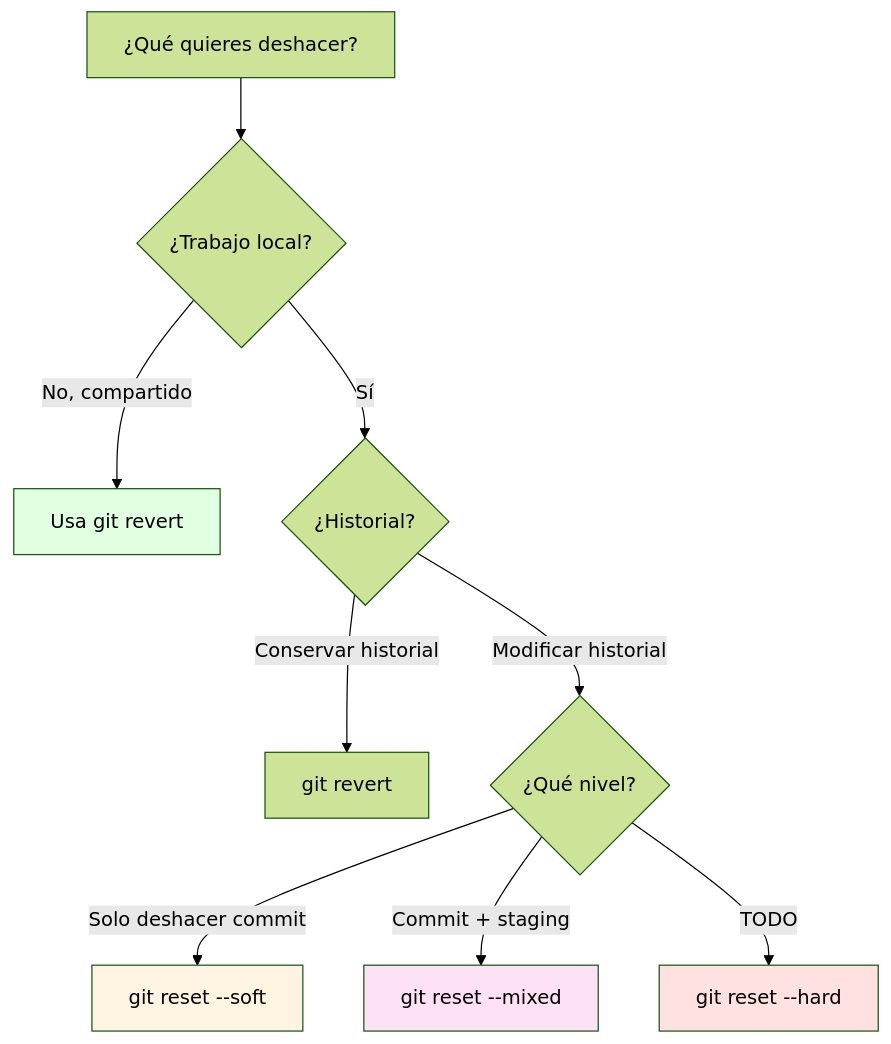
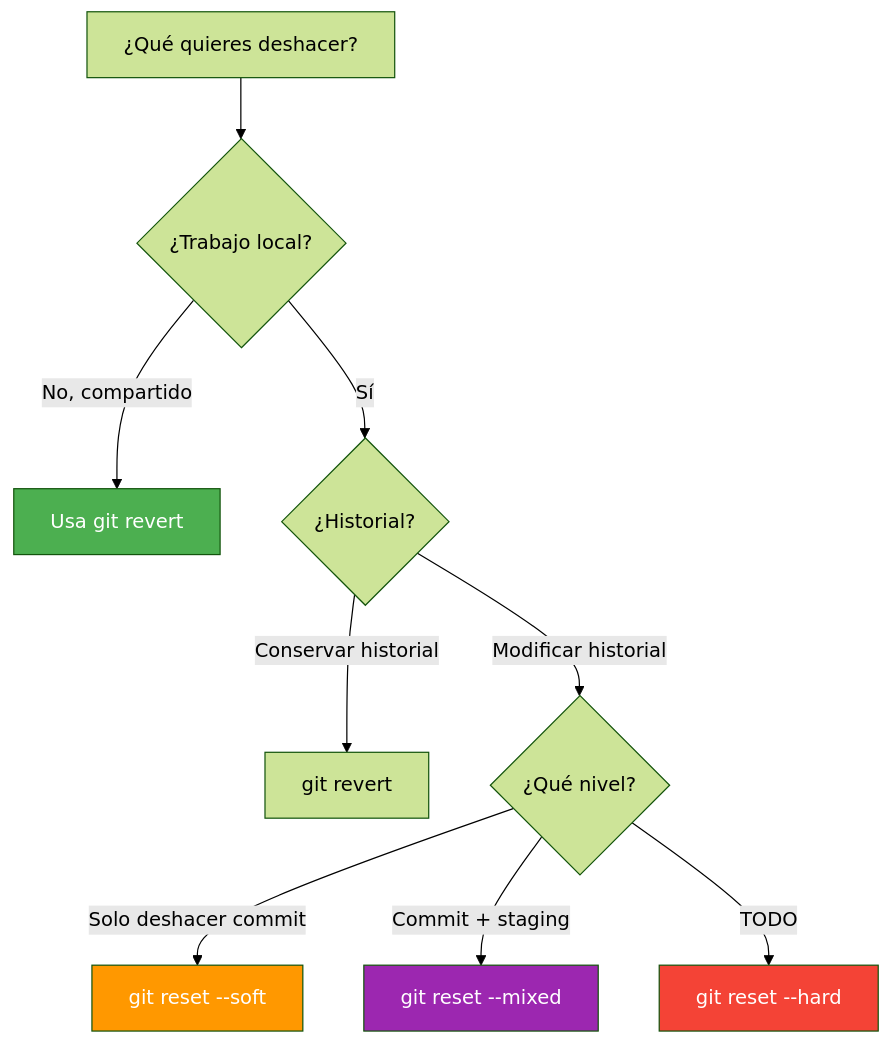
Before and after one commit to joseluisgs/EntornosDesarrollo-03-2026-2027: the fifth of 7 diagrams in 01-git-inicial.md, drawn with Mermaid (forest theme). The commit also changed other lines of this file and 5 other files, not shown here.

````diff
--- a/01-git-inicial.md
+++ b/01-git-inicial.md
@@ -310,16 +486,16 @@
 ```mermaid
 graph TD
     A[¿Qué quieres deshacer?] --> B{¿Trabajo local?}
     B -->|No, compartido| C[Usa git revert]
     B -->|Sí| D{¿Historial?}
     D -->|Conservar historial| E[git revert]
     D -->|Modificar historial| F{¿Qué nivel?}
     F -->|Solo deshacer commit| G[git reset --soft]
     F -->|Commit + staging| H[git reset --mixed]
     F -->|TODO| I[git reset --hard]
     
-    style C fill:#e1ffe1
-    style G fill:#fff4e1
-    style H fill:#ffe1f5
-    style I fill:#ffe1e1
+    style C fill:#4CAF50,color:#fff
+    style G fill:#FF9800,color:#fff
+    style H fill:#9C27B0,color:#fff
+    style I fill:#f44336,color:#fff
 ```
````
